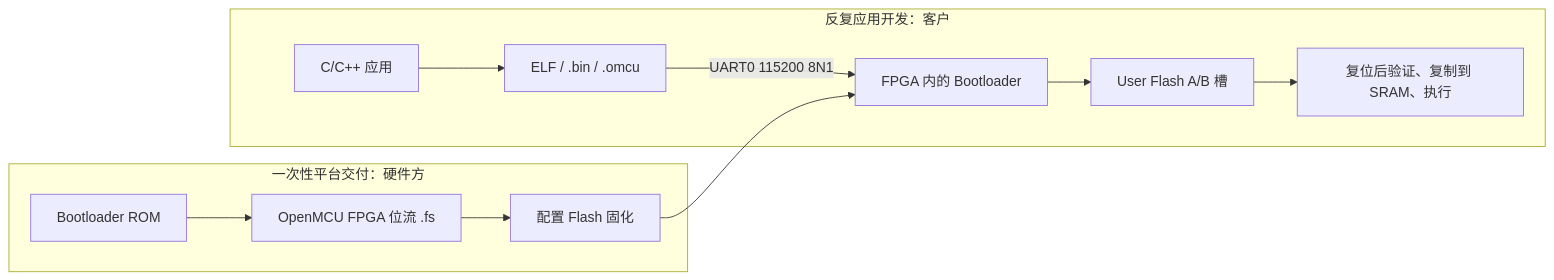
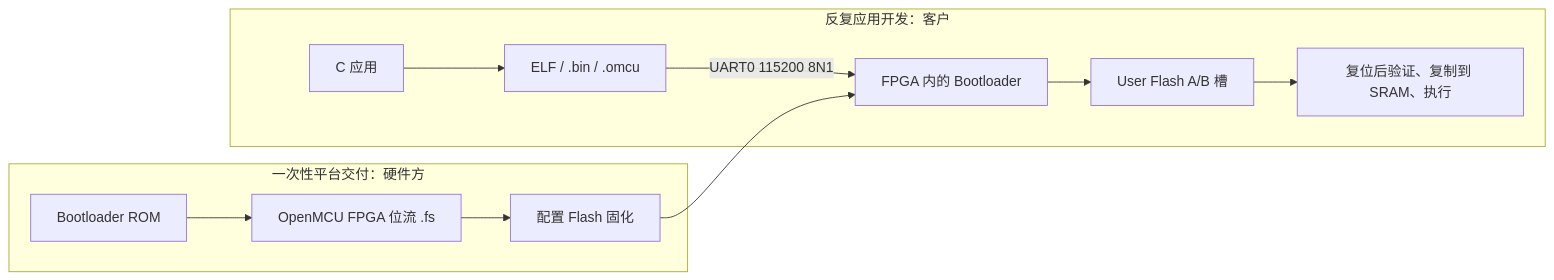
The diagram in docs/zh-CN/mcu-firmware-update.md (tianrking/OpenMCU-TN9K), drawn with Mermaid before and after one commit. The commit also changed other lines of this file and 11 other files, not shown here.

````diff
--- a/docs/zh-CN/mcu-firmware-update.md
+++ b/docs/zh-CN/mcu-firmware-update.md
@@ -18,14 +18,14 @@
 ```mermaid
 flowchart LR
   subgraph F[一次性平台交付：硬件方]
     A[Bootloader ROM] --> B[OpenMCU FPGA 位流 .fs]
     B --> C[配置 Flash 固化]
   end
   subgraph U[反复应用开发：客户]
-    D[C/C++ 应用] --> E[ELF / .bin / .omcu]
+    D[C 应用] --> E[ELF / .bin / .omcu]
     E -->|UART0 115200 8N1| G[FPGA 内的 Bootloader]
     G --> H[User Flash A/B 槽]
     H --> I[复位后验证、复制到 SRAM、执行]
   end
   C --> G
 ```
````
